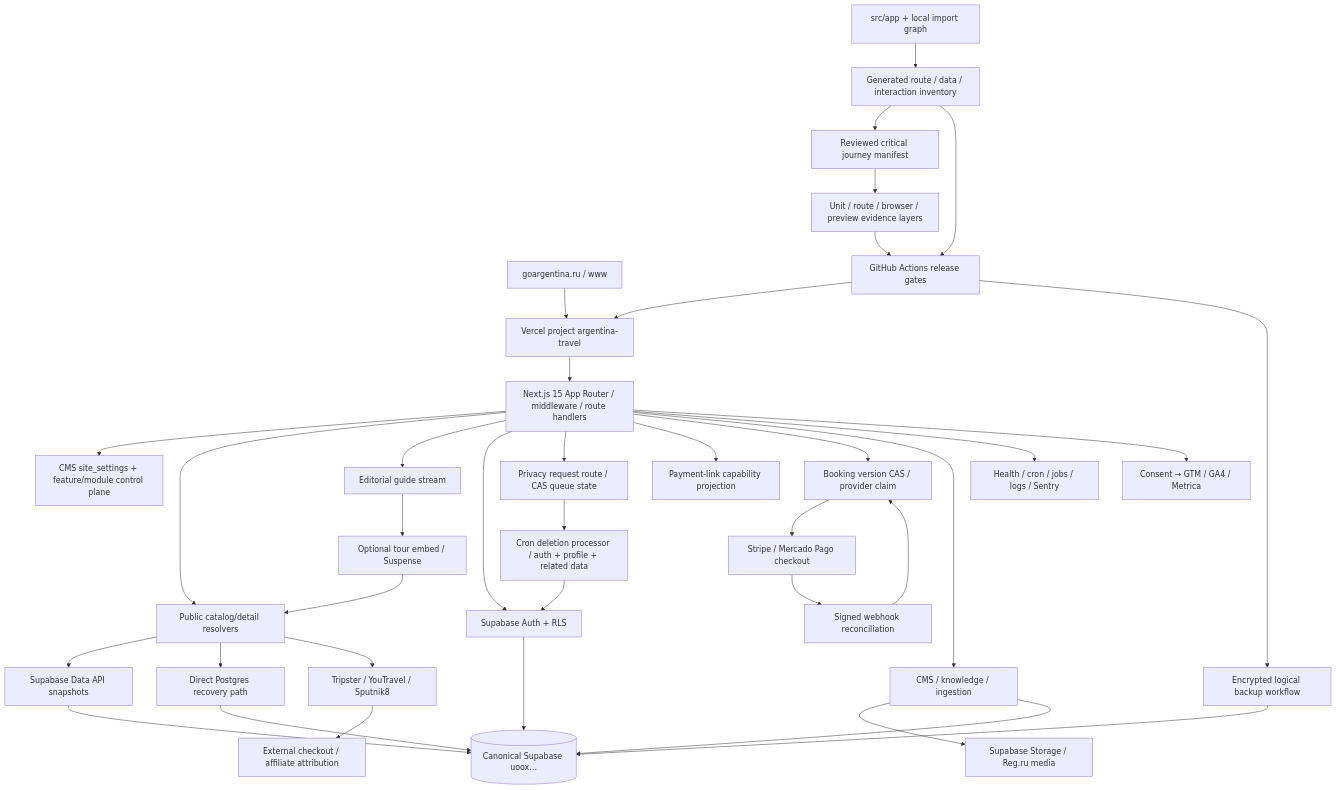
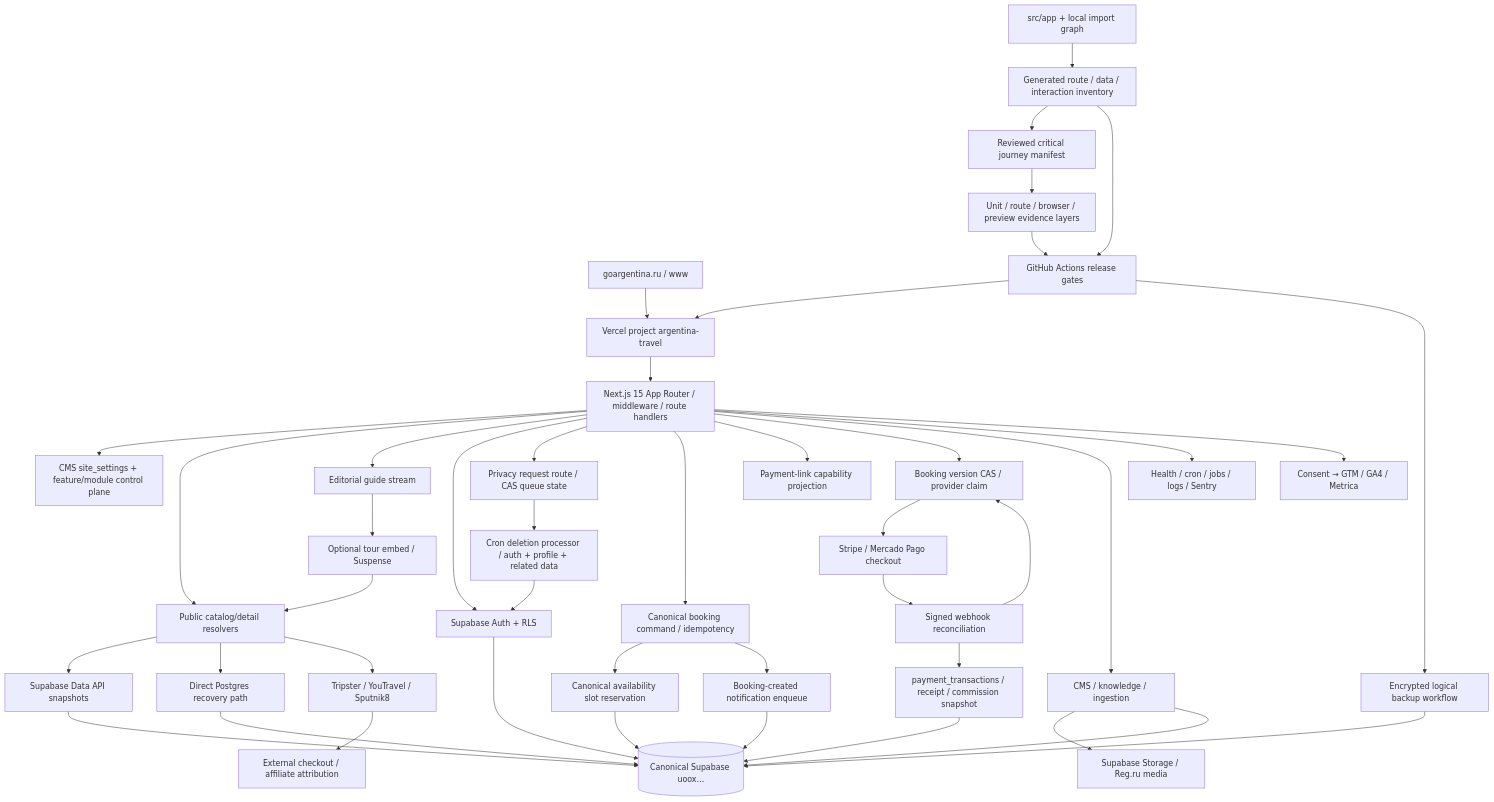
The diagram in docs/project-governance/DEPENDENCY_GRAPH.md (Evdokimychev/argentina-travel), drawn with Mermaid before and after one commit. The commit also changed other lines of this file and 8 other files, not shown here.

````diff
--- a/docs/project-governance/DEPENDENCY_GRAPH.md
+++ b/docs/project-governance/DEPENDENCY_GRAPH.md
@@ -5,39 +5,46 @@
 ```mermaid
 flowchart TD
   DNS["goargentina.ru / www"] --> Vercel["Vercel project argentina-travel"]
   Vercel --> Next["Next.js 15 App Router / middleware / route handlers"]
   Next --> Control["CMS site_settings + feature/module control plane"]
   Next --> Resolver["Public catalog/detail resolvers"]
   Next --> Guide["Editorial guide stream"]
   Guide --> Optional["Optional tour embed / Suspense"]
   Optional --> Resolver
   Next --> Auth["Supabase Auth + RLS"]
   Next --> Privacy["Privacy request route / CAS queue state"]
+  Next --> BookingCreate["Canonical booking command / idempotency"]
+  BookingCreate --> Availability["Canonical availability slot reservation"]
+  BookingCreate --> Notify["Booking-created notification enqueue"]
+  Availability --> Supabase
+  Notify --> Supabase
   Next --> PaymentStatus["Payment-link capability projection"]
   Next --> PaymentClaim["Booking version CAS / provider claim"]
   PaymentClaim --> PayProviders["Stripe / Mercado Pago checkout"]
   PayProviders --> PayWebhook["Signed webhook reconciliation"]
   PayWebhook --> PaymentClaim
+  PayWebhook --> ChargeLedger["payment_transactions / receipt / commission snapshot"]
+  ChargeLedger --> Supabase
   Privacy --> Processor["Cron deletion processor / auth + profile + related data"]
   Processor --> Auth
   Next --> CMS["CMS / knowledge / ingestion"]
   Resolver --> Rest["Supabase Data API snapshots"]
   Resolver --> PG["Direct Postgres recovery path"]
   Resolver --> Partners["Tripster / YouTravel / Sputnik8"]
   Partners --> Affiliate["External checkout / affiliate attribution"]
   CMS --> Storage["Supabase Storage / Reg.ru media"]
   Next --> Ops["Health / cron / jobs / logs / Sentry"]
   Next --> Analytics["Consent → GTM / GA4 / Metrica"]
   GitHub["GitHub Actions release gates"] --> Vercel
   Source["src/app + local import graph"] --> Inventory["Generated route / data / interaction inventory"]
   Inventory --> Critical["Reviewed critical journey manifest"]
   Critical --> Contracts["Unit / route / browser / preview evidence layers"]
   Inventory --> GitHub
   Contracts --> GitHub
   GitHub --> Backup["Encrypted logical backup workflow"]
   Backup --> Supabase[("Canonical Supabase uoox…")]
   Rest --> Supabase
   PG --> Supabase
   Auth --> Supabase
   CMS --> Supabase
 ```
````
